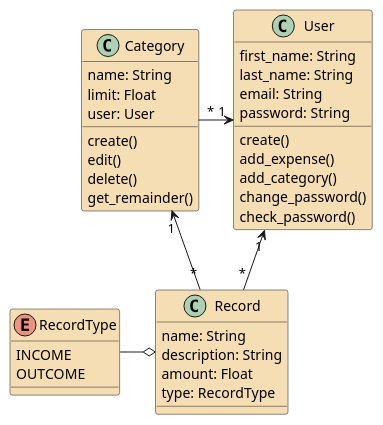
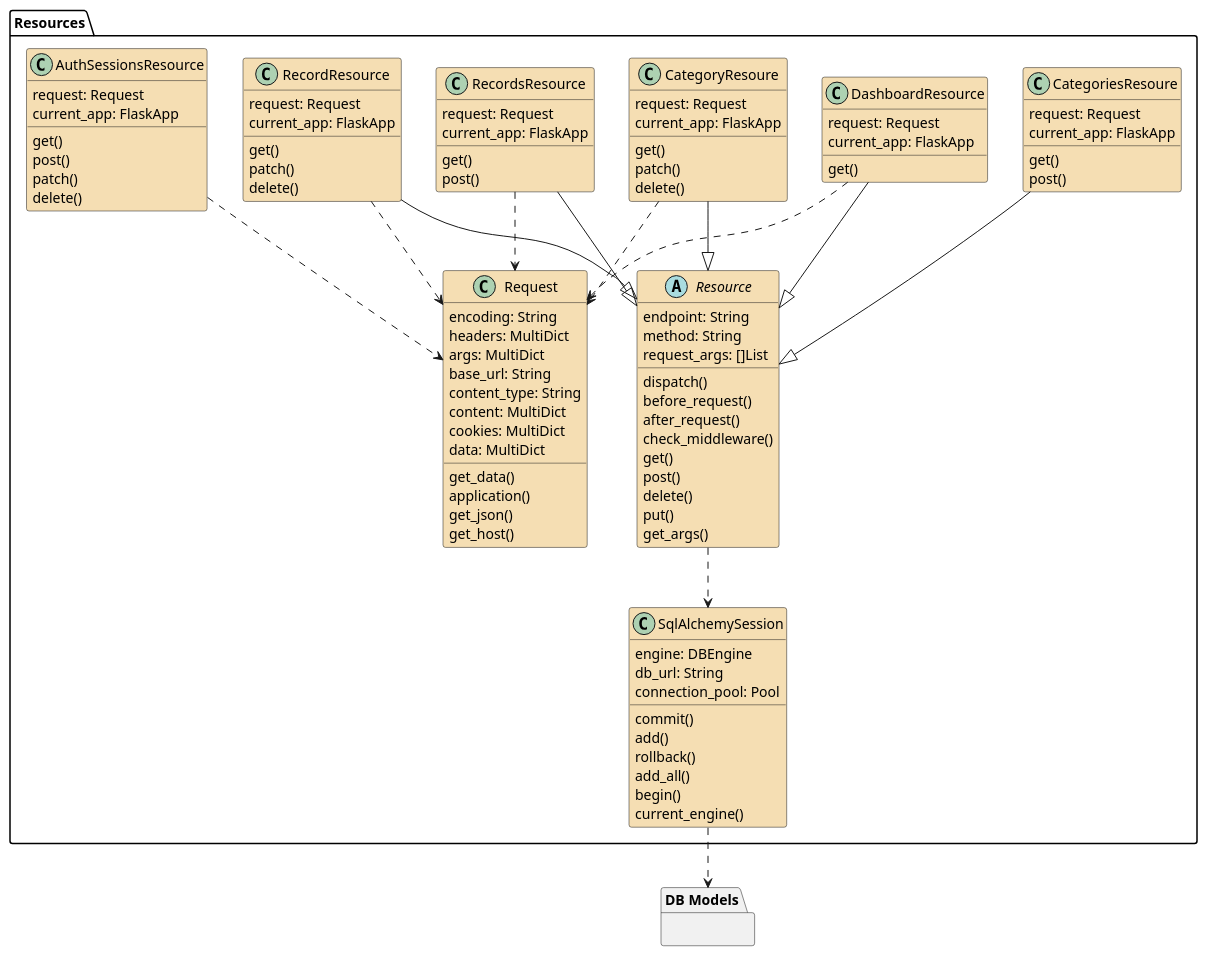
The diagram in docs/images/erd/class.puml (Zercos/Coin), drawn with PlantUML before and after one commit. The commit also changed 3 other files, not shown here.

Commit message:
Update the UML diagrams

```diff
--- a/docs/images/erd/class.puml
+++ b/docs/images/erd/class.puml
@@ -1,46 +1,115 @@
 @startuml "Class diagram"
 skinparam classAttributeIconSize 0
 skinparam class {
     BackgroundColor Wheat
 }
 
-class User {
-    first_name: String
-    last_name: String
-    email: String
-    password: String
-    create()
-    add_expense()
-    add_category()
-    change_password()
-    check_password()
+package "DB Models" {}
+
+package "Resources" {
+
+class SqlAlchemySession {
+    engine: DBEngine
+    db_url: String
+    connection_pool: Pool
+    commit()
+    add()
+    rollback()
+    add_all()
+    begin()
+    current_engine()
 }
 
-class Category {
-    name: String
-    limit: Float
-    user: User
-    create()
-    edit()
-    delete()
-    get_remainder()
+class Request {
+    encoding: String
+    headers: MultiDict
+    args: MultiDict
+    base_url: String
+    content_type: String
+    content: MultiDict
+    cookies: MultiDict
+    data: MultiDict
+    get_data()
+    application()
+    get_json()
+    get_host()
 }
 
-enum RecordType {
-    INCOME
-    OUTCOME
+abstract Resource {
+    endpoint: String
+    method: String
+    request_args: []List
+    dispatch()
+    before_request()
+    after_request()
+    check_middleware()
+    get()
+    post()
+    delete()
+    put()
+    get_args()
 }
 
-class Record {
-    name: String
-    description: String
-    amount: Float
-    type: RecordType
+class DashboardResource {
+    request: Request
+    current_app: FlaskApp
+    get()
 }
 
-Category "1" <-- "*" Record
-User "1" <-left- "*" Category
-User "1" <-- "*" Record
-Record o-left- RecordType
+class CategoriesResoure {
+    request: Request
+    current_app: FlaskApp
+    get()
+    post()
+}
+
+class CategoryResoure {
+    request: Request
+    current_app: FlaskApp
+    get()
+    patch()
+    delete()
+}
+
+class RecordsResource {
+    request: Request
+    current_app: FlaskApp
+    get()
+    post()
+}
+
+class RecordResource {
+    request: Request
+    current_app: FlaskApp
+    get()
+    patch()
+    delete()
+}
+
+class AuthSessionsResource {
+    request: Request
+    current_app: FlaskApp
+    get()
+    post()
+    patch()
+    delete()
+}
+
+
+}
+
+Resource ..> SqlAlchemySession
+
+DashboardResource ..> Request
+DashboardResource --|> Resource
+CategoryResoure --|> Resource
+RecordResource --|> Resource
+RecordsResource --|> Resource
+CategoriesResoure --|> Resource
+CategoryResoure ..> Request
+RecordResource ..> Request
+RecordsResource ..> Request
+AuthSessionsResource ..> Request
+SqlAlchemySession ..> "DB Models" 
 
 @enduml
```
